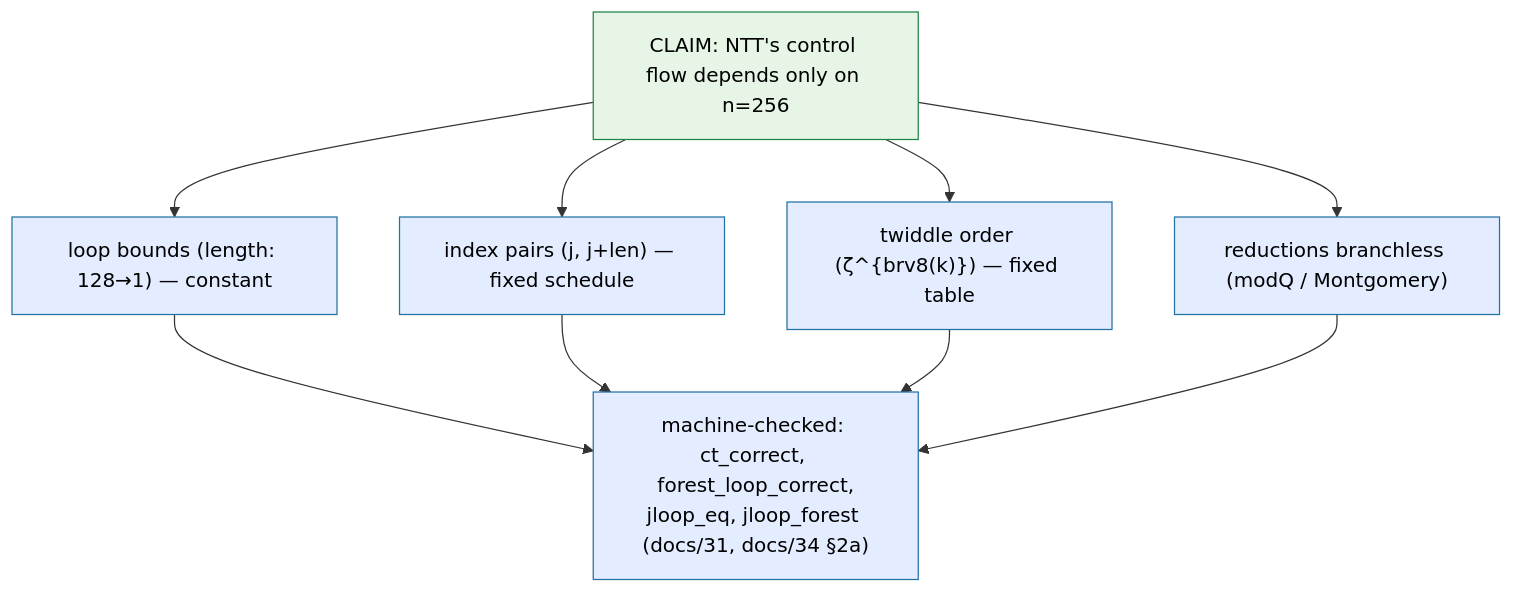
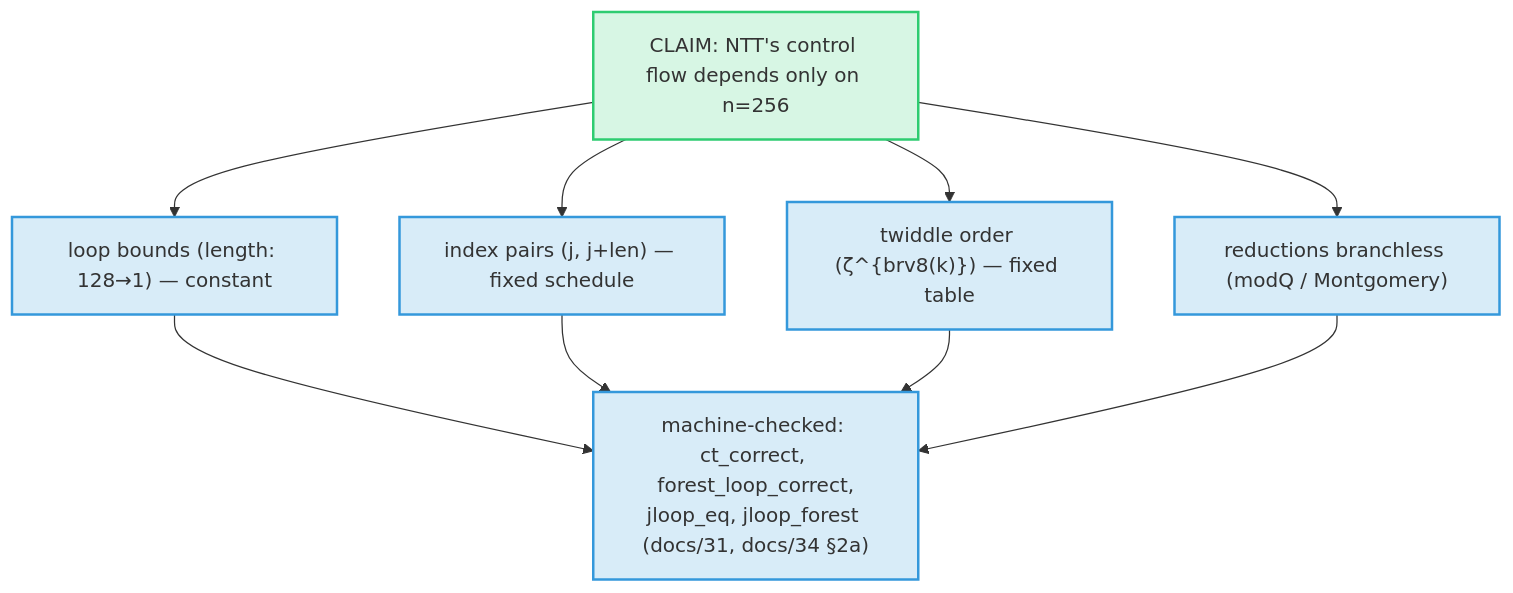
One commit to pq-cybarg/ml-adsa-site changed diagram 15 of 17 in docs/reference/41-visual-methods-and-security.md. Above: the diagram before and after it, drawn with Mermaid. The commit also changed other lines of this file, not shown here.

First line of the commit message:
docs(41): theme-adaptive Mermaid colors + 2x2 legend grid

````diff
--- a/docs/reference/41-visual-methods-and-security.md
+++ b/docs/reference/41-visual-methods-and-security.md
@@ -491,12 +496,12 @@
 ```mermaid
 flowchart TD
   claim["CLAIM: NTT's control flow depends only on n=256"]:::public
   p1["loop bounds (length: 128→1) — constant"]:::derived
   p2["index pairs (j, j+len) — fixed schedule"]:::derived
   p3["twiddle order (ζ^{brv8(k)}) — fixed table"]:::derived
   p4["reductions branchless (modQ / Montgomery)"]:::derived
   proof["machine-checked: ct_correct, forest_loop_correct,<br/>jloop_eq, jloop_forest (docs/31, docs/34 §2a)"]:::derived
   claim --> p1 & p2 & p3 & p4 --> proof
-  classDef public fill:#e6f5e6,stroke:#1e8449,color:#000;
-  classDef derived fill:#e3edff,stroke:#2471a3,color:#000;
+  classDef public fill:#2ecc7130,stroke:#2ecc71,stroke-width:2px;
+  classDef derived fill:#3498db30,stroke:#3498db,stroke-width:2px;
 ```
````
